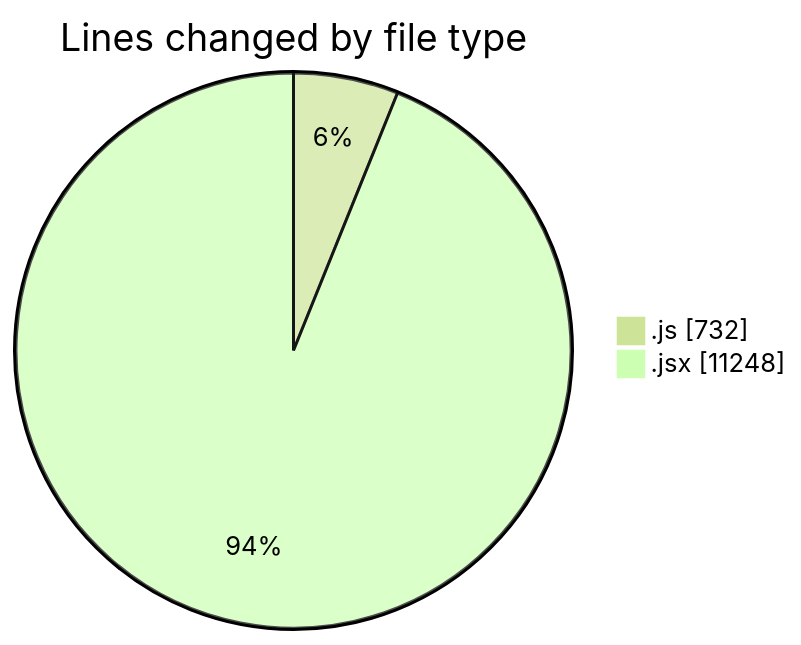
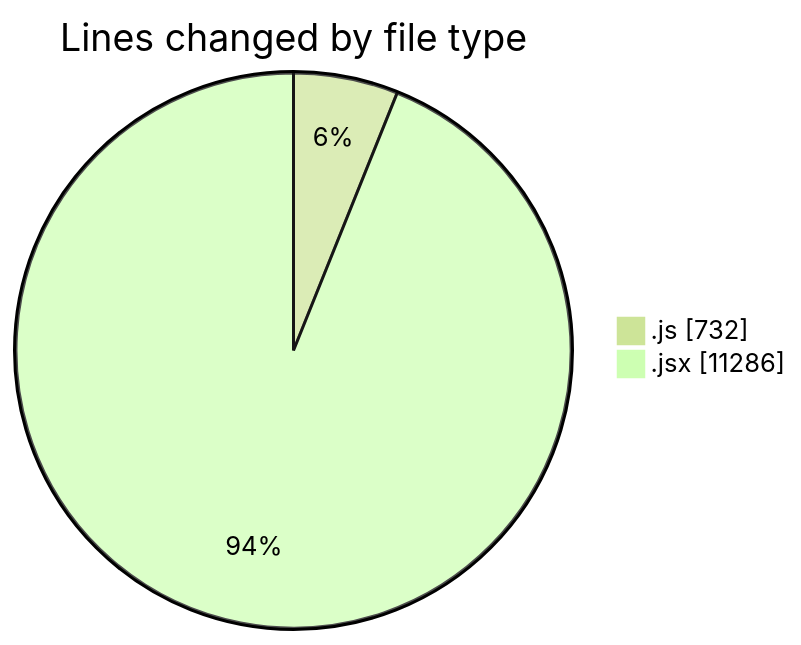
Before and after one commit to nxtqubesakshisongat/code-tracking: the first of 2 diagrams in 2025-07-28/nxtqube_webapp/README.md, drawn with Mermaid (forest theme). The commit also changed other lines of this file and 1 other file, not shown here.

````diff
--- a/2025-07-28/nxtqube_webapp/README.md
+++ b/2025-07-28/nxtqube_webapp/README.md
@@ -47,6 +47,6 @@
 ```mermaid
 pie showData
 title Lines changed by file type
 ".js" : 732
-".jsx" : 11248
+".jsx" : 11286
 ```
````
